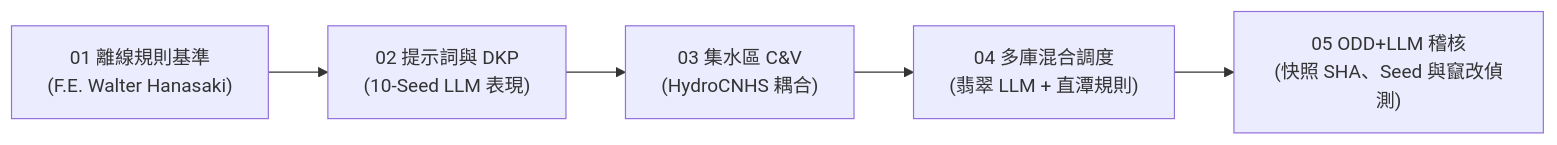
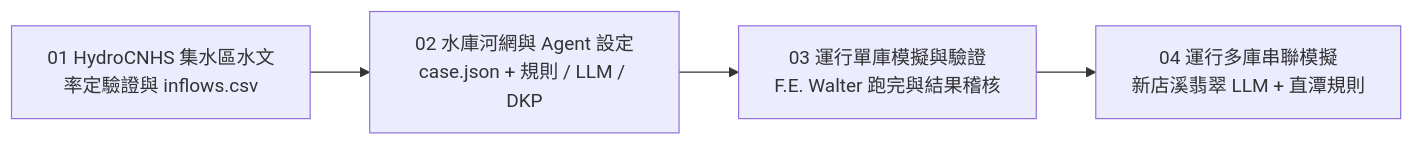
One commit to WenyuChiou/HydroReOpLLM changed the diagram in tutorials/README.zh-TW.md. Above: the diagram before and after it, drawn with Mermaid. The commit also changed other lines of this file and 81 other files, not shown here.

Commit message:
docs,tutorials,core: streamline manual, remove Hourly GWLF & ODD+LLM, add 4-step pipeline (#121)

````diff
--- a/tutorials/README.zh-TW.md
+++ b/tutorials/README.zh-TW.md
@@ -13,7 +7,6 @@
 ```mermaid
 flowchart LR
-    M1["01 離線規則基準<br/>(F.E. Walter Hanasaki)"] --> M2["02 提示詞與 DKP<br/>(10-Seed LLM 表現)"]
-    M2 --> M3["03 集水區 C&V<br/>(HydroCNHS 耦合)"]
-    M3 --> M4["04 多庫混合調度<br/>(翡翠 LLM + 直潭規則)"]
-    M4 --> M5["05 ODD+LLM 稽核<br/>(快照 SHA、Seed 與竄改偵測)"]
+    T1["01 HydroCNHS 集水區水文<br/>率定驗證與 inflows.csv"] --> T2["02 水庫河網與 Agent 設定<br/>case.json + 規則 / LLM / DKP"]
+    T2 --> T3["03 運行單庫模擬與驗證<br/>F.E. Walter 跑完與結果稽核"]
+    T3 --> T4["04 運行多庫串聯模擬<br/>新店溪翡翠 LLM + 直潭規則"]
 ```
````
